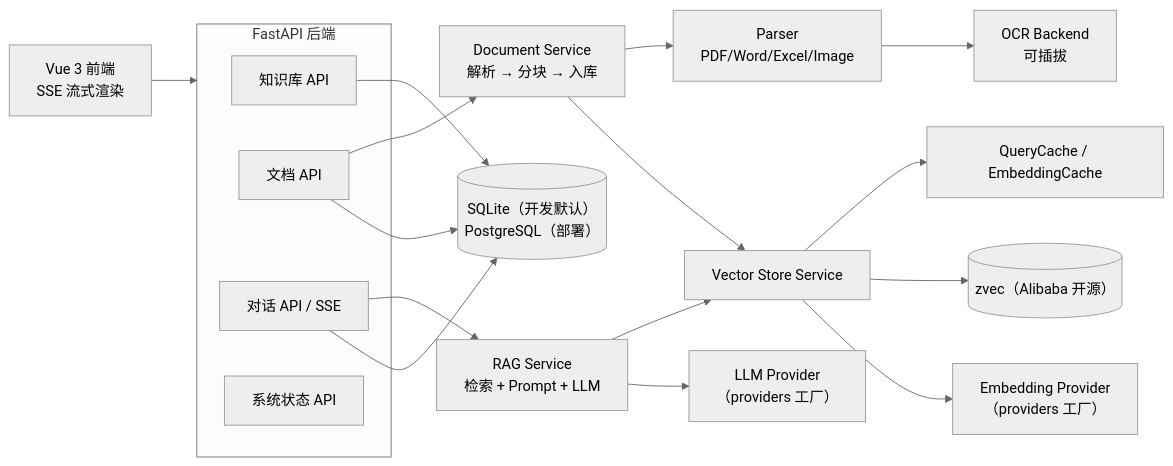
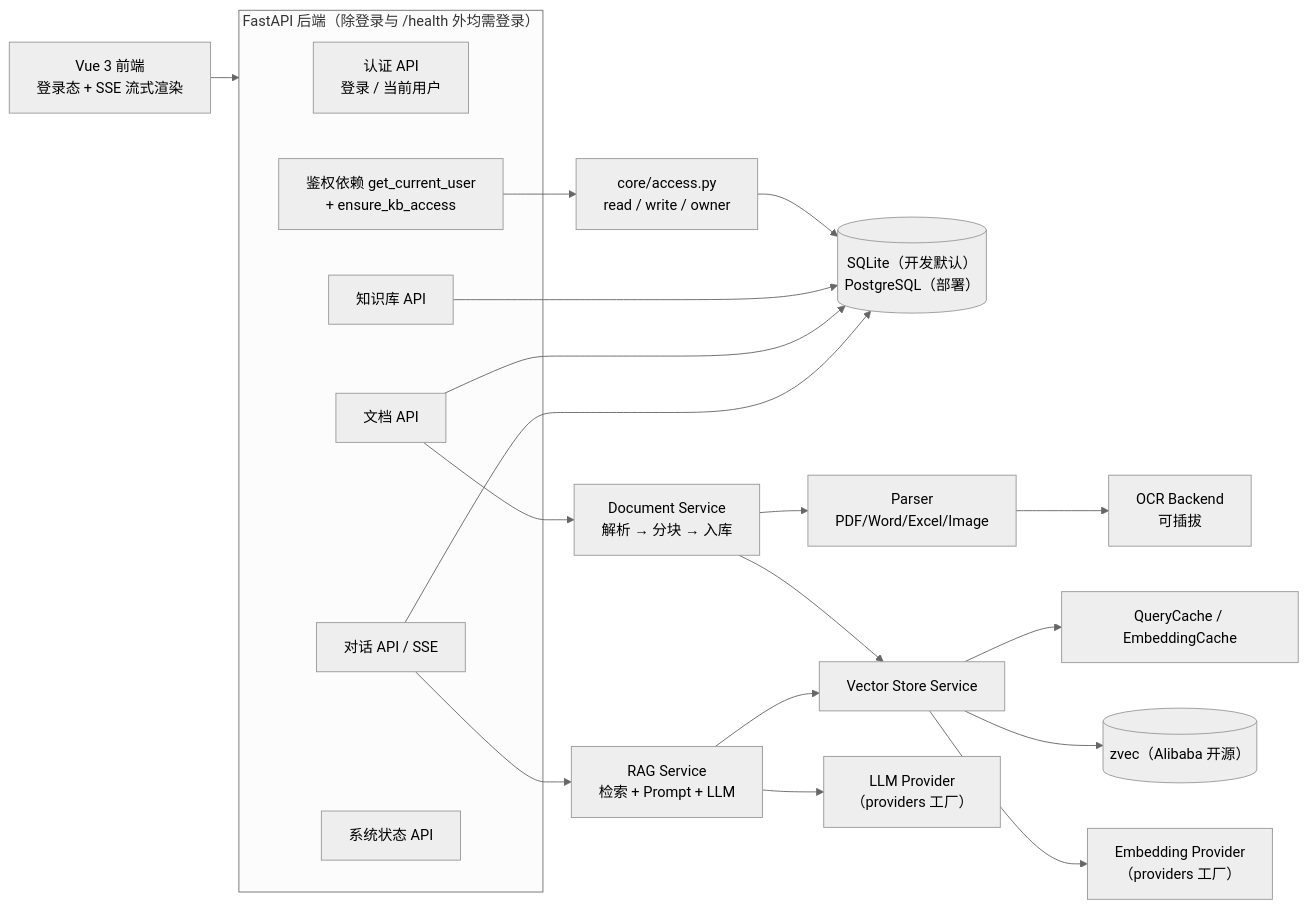
The diagram in README.md (jackieismpc/inner-rag), drawn with Mermaid (neutral theme) before and after one commit. The commit also changed other lines of this file and 4 other files, not shown here.

````diff
--- a/README.md
+++ b/README.md
@@ -46,23 +33,27 @@
 ```mermaid
 flowchart LR
-    FE["Vue 3 前端<br/>SSE 流式渲染"] --> API
-    subgraph API["FastAPI 后端"]
+    FE["Vue 3 前端<br/>登录态 + SSE 流式渲染"] --> API
+    subgraph API["FastAPI 后端（除登录与 /health 外均需登录）"]
+        AUTHAPI["认证 API<br/>登录 / 当前用户"]
+        GUARD["鉴权依赖 get_current_user<br/>+ ensure_kb_access"]
         KB["知识库 API"]
         DOC["文档 API"]
         CHAT["对话 API / SSE"]
         SYS["系统状态 API"]
     end
+    GUARD --> ACL["core/access.py<br/>read / write / owner"]
+    ACL --> DB
     CHAT --> RAG["RAG Service<br/>检索 + Prompt + LLM"]
     DOC --> DS["Document Service<br/>解析 → 分块 → 入库"]
     DS --> PARSE["Parser<br/>PDF/Word/Excel/Image"]
     PARSE --> OCR["OCR Backend<br/>可插拔"]
     DS --> VS["Vector Store Service"]
     RAG --> VS
     VS --> CACHE["QueryCache / EmbeddingCache"]
     VS --> ZVEC[("zvec（Alibaba 开源）")]
     VS --> EMB["Embedding Provider<br/>（providers 工厂）"]
     RAG --> LLM["LLM Provider<br/>（providers 工厂）"]
     KB --> DB[("SQLite（开发默认）<br/>PostgreSQL（部署）")]
     DOC --> DB
     CHAT --> DB
 ```
````
